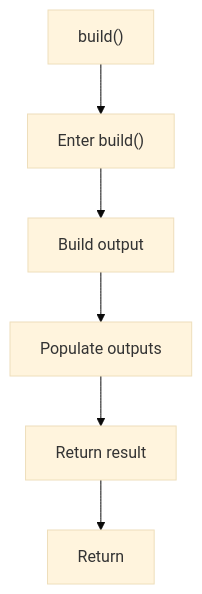
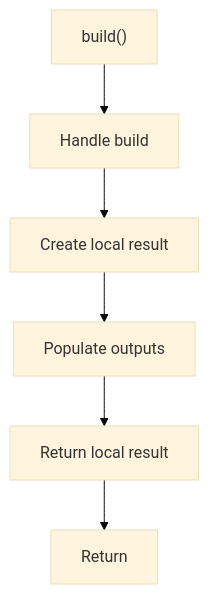
One commit to JohnAndrewBalbarosa/NeoTerritory changed the fifth of 6 diagrams in docs/Codebase/LegacyPatternTransformSamples/legacy_builder_to_singleton_sample.cpp.md. Above: the diagram before and after it, drawn with Mermaid (base theme). The commit also changed other lines of this file and 915 other files, not shown here.

````diff
--- a/docs/Codebase/LegacyPatternTransformSamples/legacy_builder_to_singleton_sample.cpp.md
+++ b/docs/Codebase/LegacyPatternTransformSamples/legacy_builder_to_singleton_sample.cpp.md
@@ -143,14 +142,14 @@
 ```mermaid
 flowchart TD
     Start["build()"]
-    N0["Enter build()"]
-    N1["Build output"]
+    N0["Handle build"]
+    N1["Create local result"]
     N2["Populate outputs"]
-    N3["Return result"]
+    N3["Return local result"]
     End["Return"]
     Start --> N0
     N0 --> N1
     N1 --> N2
     N2 --> N3
     N3 --> End
 ```
````
